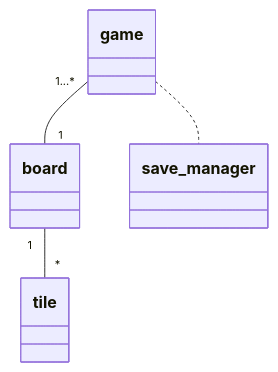
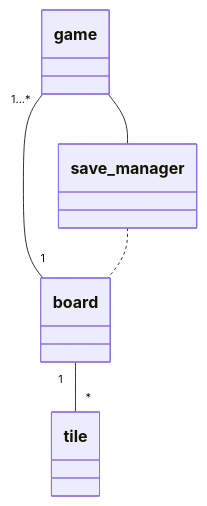
Before and after one commit to Jhy9/ot-harjoitustyo: the first of 4 diagrams in dokumentaatio/arkkitehtuuri.md, drawn with Mermaid.

````diff
--- a/dokumentaatio/arkkitehtuuri.md
+++ b/dokumentaatio/arkkitehtuuri.md
@@ -2,8 +2,9 @@
 ```mermaid
 classDiagram
 
 game "1...*"--"1" board
 board "1"--"*" tile
-game .. save_manager
+game -- save_manager
+save_manager .. board
 
 ```
````
